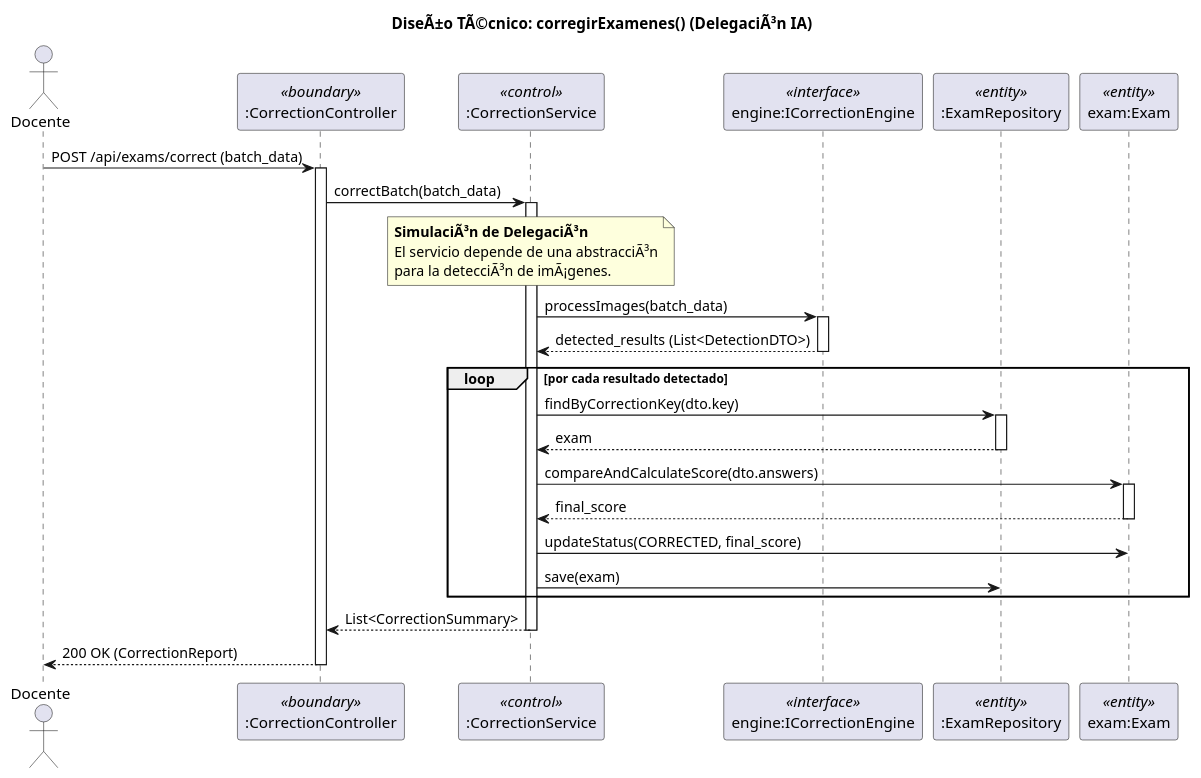
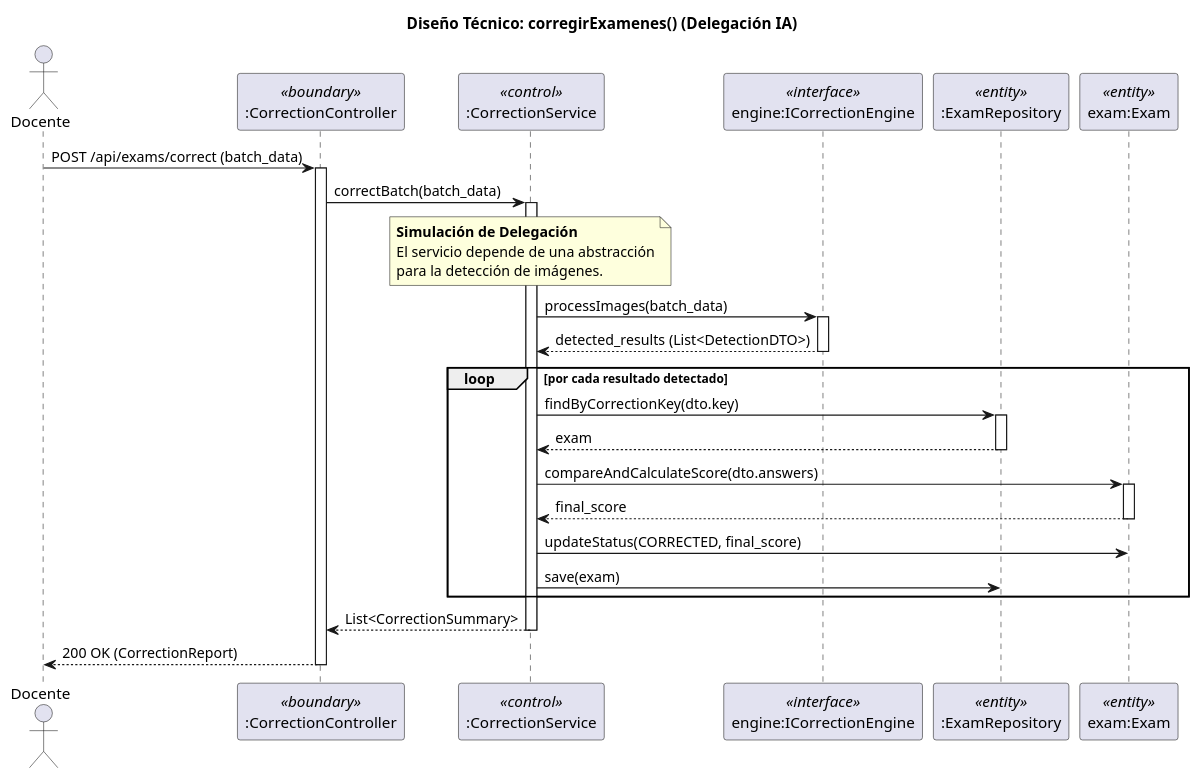
The second of 2 diagrams in RUP/01-analisis/casos-uso/CU-01-corregirExamenes/README.md (liamanderson873/25-26-idsw2-sdVC), drawn with PlantUML before and after one commit. The commit also changed other lines of this file and 41 other files, not shown here.

````diff
--- a/RUP/01-analisis/casos-uso/CU-01-corregirExamenes/README.md
+++ b/RUP/01-analisis/casos-uso/CU-01-corregirExamenes/README.md
@@ -91,54 +91,54 @@
 ```plantuml
 @startuml CU-01-corregirExamenes-diseno
 
 skinparam linetype polyline
 skinparam backgroundColor white
 
 actor "Docente" as Actor
 participant ":CorrectionController" as Controller <<boundary>>
 participant ":CorrectionService" as Service <<control>>
 participant "engine:ICorrectionEngine" as Engine <<interface>>
 participant ":ExamRepository" as Repo <<entity>>
 participant "exam:Exam" as Entity <<entity>>
 
-title DiseÃ±o TÃ©cnico: corregirExamenes() (DelegaciÃ³n IA)
+title Diseño Técnico: corregirExamenes() (Delegación IA)
 
 Actor -> Controller : POST /api/exams/correct (batch_data)
 activate Controller
 
 Controller -> Service : correctBatch(batch_data)
 activate Service
 
 note over Service
-**SimulaciÃ³n de DelegaciÃ³n**
-El servicio depende de una abstracciÃ³n
-para la detecciÃ³n de imÃ¡genes.
+**Simulación de Delegación**
+El servicio depende de una abstracción
+para la detección de imágenes.
 end note
 
 Service -> Engine : processImages(batch_data)
 activate Engine
 return detected_results (List<DetectionDTO>)
 
 loop por cada resultado detectado
     Service -> Repo : findByCorrectionKey(dto.key)
     activate Repo
     Repo --> Service : exam
     deactivate Repo
     
     Service -> Entity : compareAndCalculateScore(dto.answers)
     activate Entity
     Entity --> Service : final_score
     deactivate Entity
     
     Service -> Entity : updateStatus(CORRECTED, final_score)
     Service -> Repo : save(exam)
 end
 
 Service --> Controller : List<CorrectionSummary>
 deactivate Service
 
 Controller --> Actor : 200 OK (CorrectionReport)
 deactivate Controller
 
 @enduml
 ```
````
